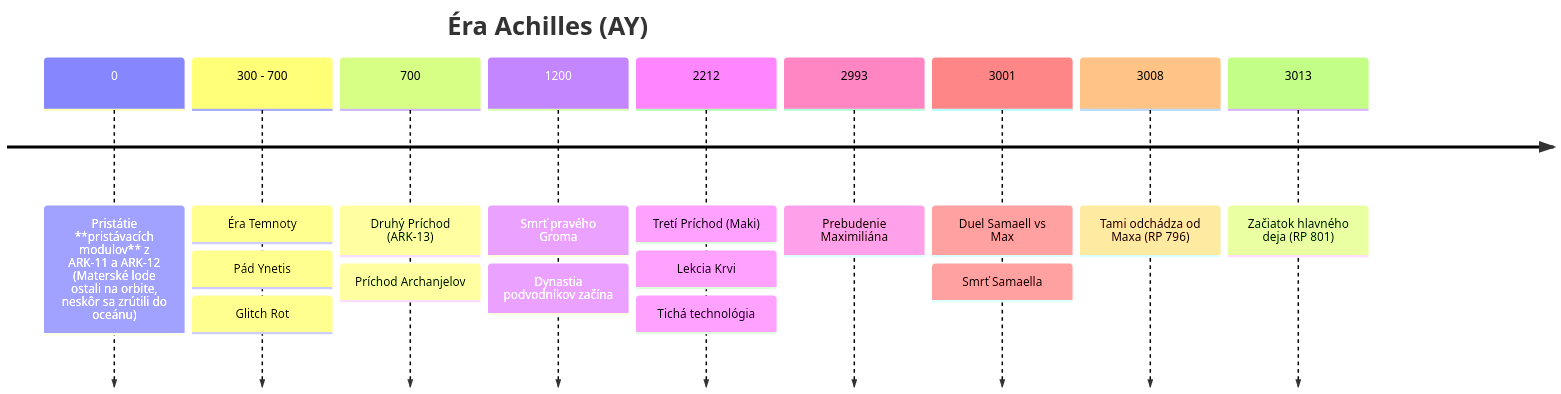
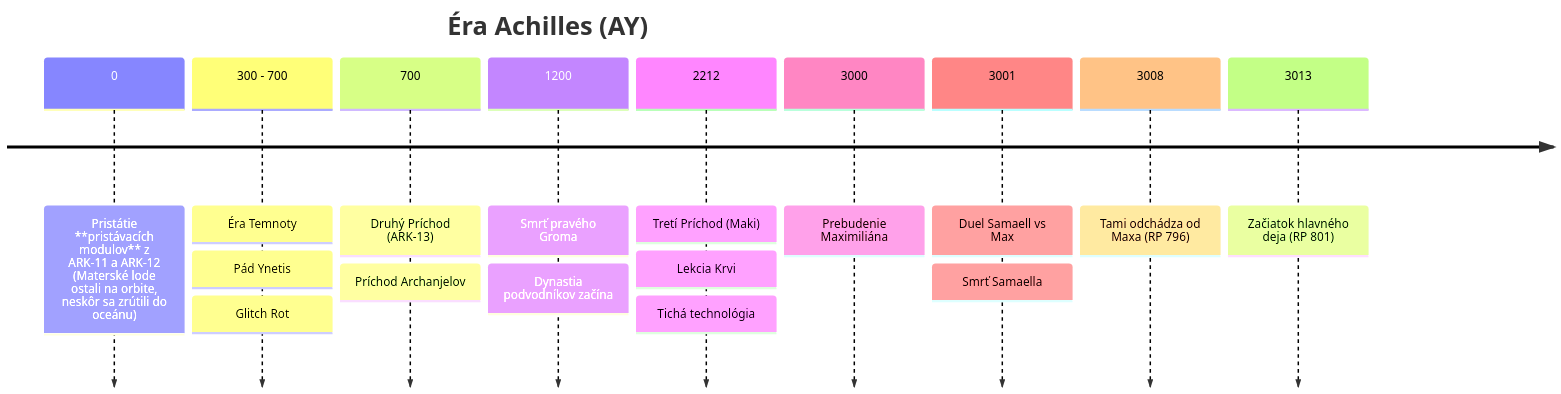
The second of 2 diagrams in World-Bible/01-timeline.md (BranLang/null-void), drawn with Mermaid before and after one commit. The commit also changed other lines of this file and 6 other files, not shown here.

````diff
--- a/World-Bible/01-timeline.md
+++ b/World-Bible/01-timeline.md
@@ -25,13 +25,13 @@
 ```mermaid
 timeline
     title Éra Achilles (AY)
     0 : Pristátie **pristávacích modulov** z ARK-11 a ARK-12 (Materské lode ostali na orbite, neskôr sa zrútili do oceánu)
     300 - 700 : Éra Temnoty : Pád Ynetis : Glitch Rot
     700 : Druhý Príchod (ARK-13) : Príchod Archanjelov
     1200 : Smrť pravého Groma : Dynastia podvodníkov začína
     2212 : Tretí Príchod (Maki) : Lekcia Krvi : Tichá technológia
-    2993 : Prebudenie Maximiliána
+    3000 : Prebudenie Maximiliána
     3001 : Duel Samaell vs Max : Smrť Samaella
     3008 : Tami odchádza od Maxa (RP 796)
     3013 : Začiatok hlavného deja (RP 801)
 ```
````
